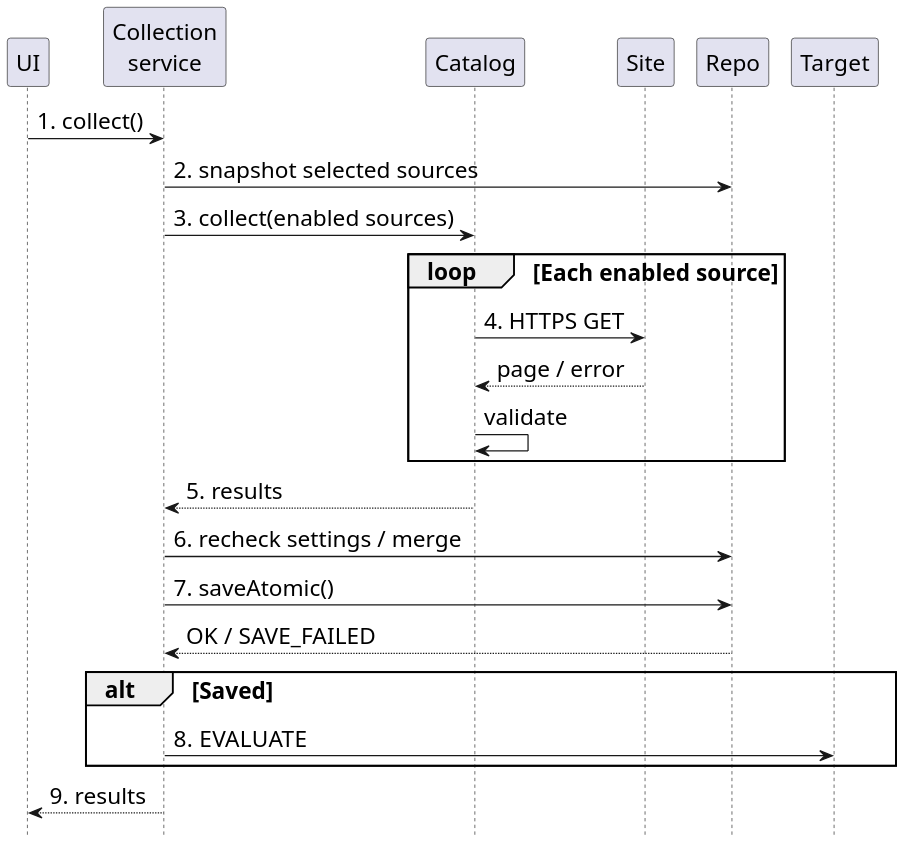
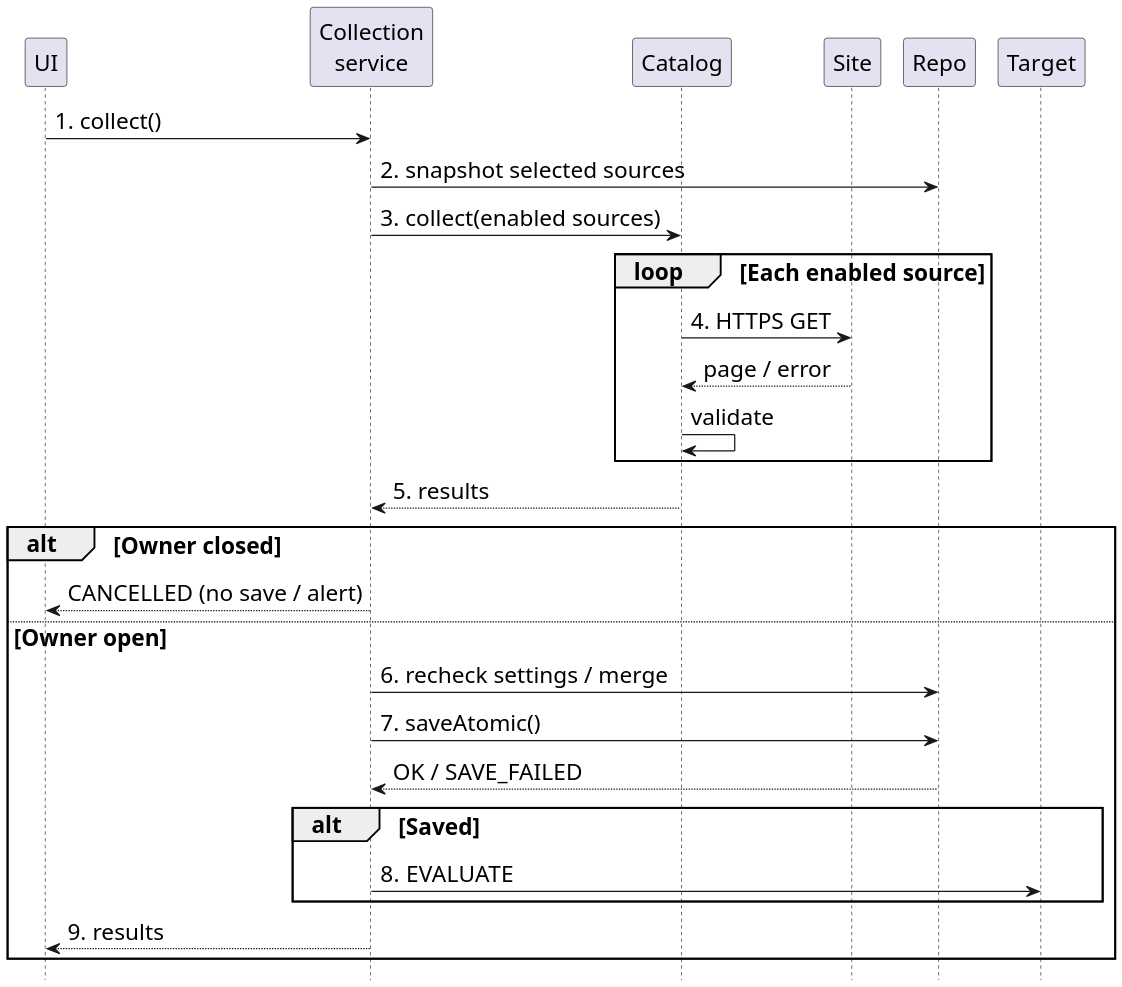
The diagram in doc/sequence-collection.puml (hyeonsu-test/smart-grocery-ledger), drawn with PlantUML before and after one commit. The commit also changed 37 other files, not shown here.

```diff
--- a/doc/sequence-collection.puml
+++ b/doc/sequence-collection.puml
@@ -1,30 +1,34 @@
 @startuml
 skinparam dpi 180
 skinparam defaultFontName Arial
 skinparam defaultFontSize 18
 skinparam shadowing false
 skinparam ParticipantPadding 4
 hide footbox
 participant UI
 participant "Collection\nservice" as Service
 participant Catalog as Collector
 participant Site
 participant Repo
 participant Target
 UI -> Service : 1. collect()
 Service -> Repo : 2. snapshot selected sources
 Service -> Collector : 3. collect(enabled sources)
 loop Each enabled source
 Collector -> Site : 4. HTTPS GET
 Site --> Collector : page / error
 Collector -> Collector : validate
 end
 Collector --> Service : 5. results
+alt Owner closed
+Service --> UI : CANCELLED (no save / alert)
+else Owner open
 Service -> Repo : 6. recheck settings / merge
 Service -> Repo : 7. saveAtomic()
 Repo --> Service : OK / SAVE_FAILED
 alt Saved
 Service -> Target : 8. EVALUATE
 end
 Service --> UI : 9. results
+end
 @enduml
```
